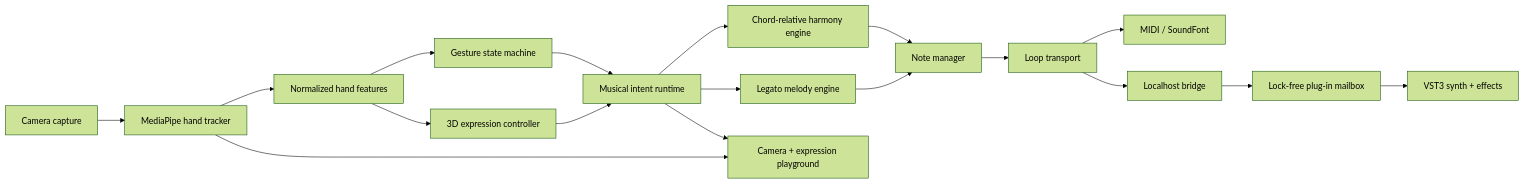
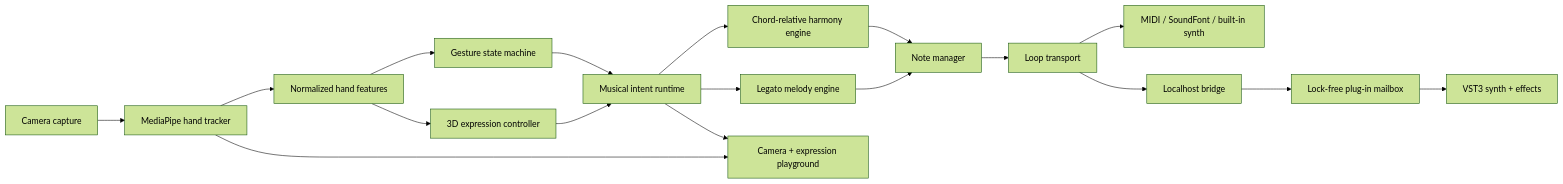
One commit to shishirsambabu/sammyblaze.wav changed the diagram in docs/ARCHITECTURE.md. Above: the diagram before and after it, drawn with Mermaid (forest theme). The commit also changed other lines of this file and 32 other files, not shown here.

Commit message:
add resilient camera and 120-sound synth library

````diff
--- a/docs/ARCHITECTURE.md
+++ b/docs/ARCHITECTURE.md
@@ -3,20 +3,20 @@
 ```mermaid
 flowchart LR
   C[Camera capture] --> T[MediaPipe hand tracker]
   T --> F[Normalized hand features]
   F --> G[Gesture state machine]
   F --> E[3D expression controller]
   G --> I[Musical intent runtime]
   E --> I
   I --> H[Chord-relative harmony engine]
   I --> L[Legato melody engine]
   H --> N[Note manager]
   L --> N
   N --> R[Loop transport]
-  R --> M[MIDI / SoundFont]
+  R --> M[MIDI / SoundFont / built-in synth]
   R --> B[Localhost bridge]
   B --> Q[Lock-free plug-in mailbox]
   Q --> P[VST3 synth + effects]
   T --> U[Camera + expression playground]
   I --> U
 ```
````
